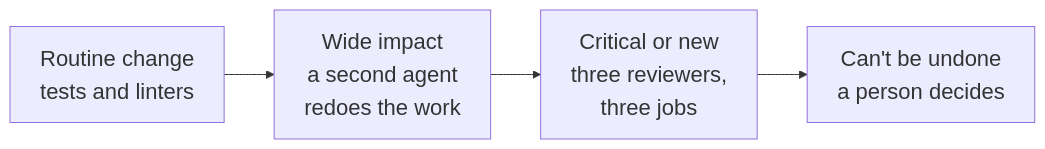
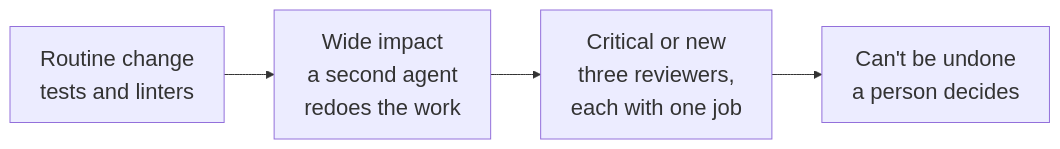
One commit to Laticent/lattice changed the fourth of 6 diagrams in engineering/decisions/2026-09-24-agentic-practice-audit/agentic-engineering-practices.md. Above: the diagram before and after it, drawn with Mermaid. The commit also changed other lines of this file and 1 other file, not shown here.

````diff
--- a/engineering/decisions/2026-09-24-agentic-practice-audit/agentic-engineering-practices.md
+++ b/engineering/decisions/2026-09-24-agentic-practice-audit/agentic-engineering-practices.md
@@ -703,7 +703,7 @@
 ```mermaid
 %%{init: {'themeVariables': {'fontSize': '22px'}}}%%
 flowchart LR
   A["Routine change<br/>tests and linters"] --> B["Wide impact<br/>a second agent<br/>redoes the work"]
-  B --> C["Critical or new<br/>three reviewers,<br/>three jobs"]
+  B --> C["Critical or new<br/>three reviewers,<br/>each with one job"]
   C --> D["Can't be undone<br/>a person decides"]
 ```
````
